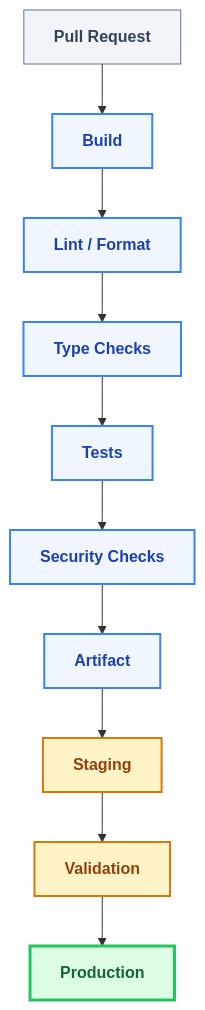
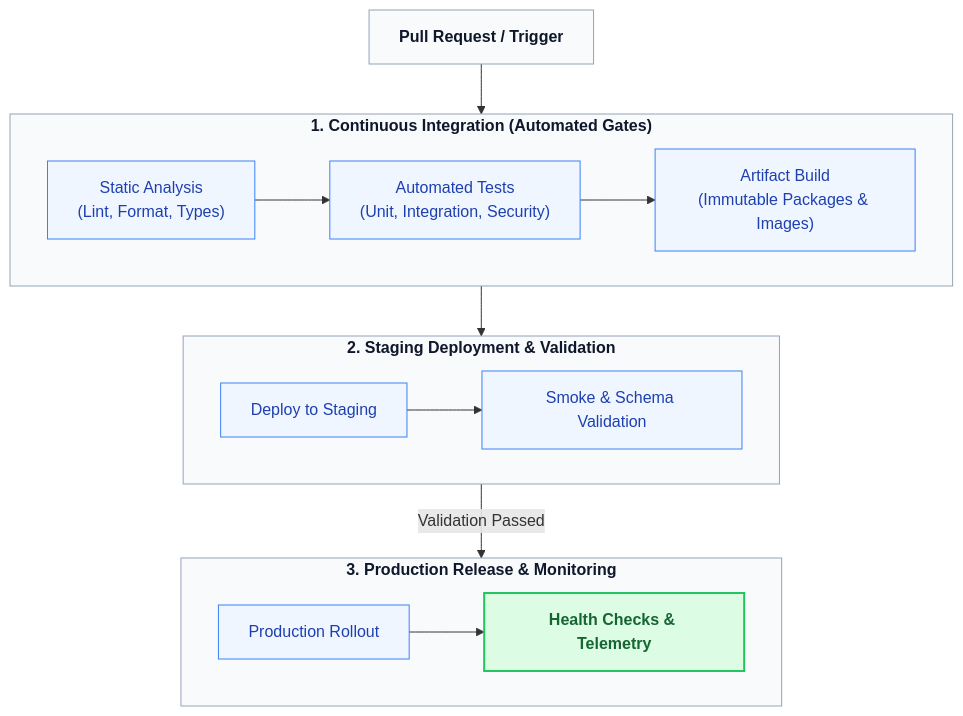
One commit to davidalbertstark-lab/Lenar changed the third of 4 diagrams in docs/architecture/16-Development-Release.md. Above: the diagram before and after it, drawn with Mermaid. The commit also changed other lines of this file and 28 other files, not shown here.

Commit message:
docs: system-wide diagram redesign for first-instance comprehension

````diff
--- a/docs/architecture/16-Development-Release.md
+++ b/docs/architecture/16-Development-Release.md
@@ -122,33 +114,35 @@
 ```mermaid
 flowchart TD
-    classDef trigger fill:#f1f5f9,stroke:#64748b,stroke-width:1px,color:#334155,font-weight:bold
-    classDef check fill:#eff6ff,stroke:#3b82f6,stroke-width:2px,color:#1e40af,font-weight:bold
-    classDef env fill:#fef3c7,stroke:#d97706,stroke-width:2px,color:#92400e,font-weight:bold
-    classDef prod fill:#dcfce3,stroke:#22c55e,stroke-width:3px,color:#166534,font-weight:bold
+    classDef stage fill:#f8fafc,stroke:#94a3b8,stroke-width:1px,color:#0f172a,font-weight:bold
+    classDef step fill:#eff6ff,stroke:#3b82f6,stroke-width:1px,color:#1e40af
+    classDef prod fill:#dcfce3,stroke:#22c55e,stroke-width:2px,color:#166534,font-weight:bold
 
-    PR[Pull Request]
-    B[Build]
-    LF[Lint / Format]
-    TC[Type Checks]
-    T[Tests]
-    SC[Security Checks]
-    A[Artifact]
-    S[Staging]
-    V[Validation]
-    P[Production]
+    PR["Pull Request / Trigger"]:::stage --> CI
 
-    PR --> B
-    B --> LF
-    LF --> TC
-    TC --> T
-    T --> SC
-    SC --> A
-    A --> S
-    S --> V
-    V --> P
+    subgraph CI ["1. Continuous Integration (Automated Gates)"]
+        direction LR
+        STATIC["Static Analysis<br/>(Lint, Format, Types)"]
+        TESTS["Automated Tests<br/>(Unit, Integration, Security)"]
+        BUILD["Artifact Build<br/>(Immutable Packages & Images)"]
+        
+        STATIC --> TESTS --> BUILD
+    end
 
-    class PR trigger;
-    class B,LF,TC,T,SC,A check;
-    class S,V env;
-    class P prod;
+    CI --> STAGE
+
+    subgraph STAGE ["2. Staging Deployment & Validation"]
+        direction LR
+        S_DEP["Deploy to Staging"] --> S_VAL["Smoke & Schema Validation"]
+    end
+
+    STAGE -->|"Validation Passed"| PROD
+
+    subgraph PROD ["3. Production Release & Monitoring"]
+        direction LR
+        P_DEP["Production Rollout"] --> P_OBS["Health Checks & Telemetry"]
+    end
+
+    class STATIC,TESTS,BUILD,S_DEP,S_VAL,P_DEP step;
+    class P_OBS prod;
+    class CI,STAGE,PROD stage;
 ```
````
